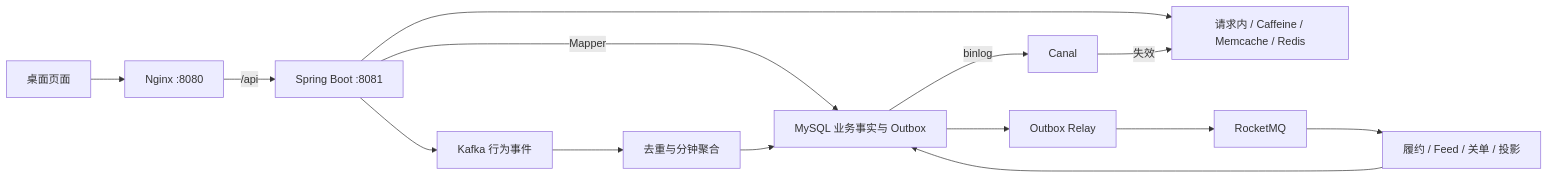
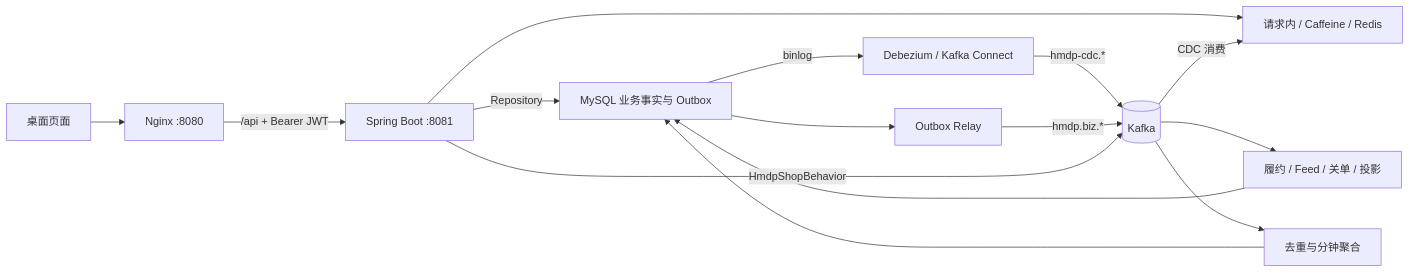
The diagram in README.md (Coding-Lou/harbourdrop), drawn with Mermaid before and after one commit. The commit also changed other lines of this file and 8 other files, not shown here.

````diff
--- a/README.md
+++ b/README.md
@@ -52,16 +56,17 @@
 ```mermaid
 flowchart LR
     Browser[桌面页面] --> Nginx[Nginx :8080]
-    Nginx -->|/api| Java[Spring Boot :8081]
-    Java -->|Mapper| DB[MySQL 业务事实与 Outbox]
-    Java --> Cache[请求内 / Caffeine / Memcache / Redis]
-    DB -->|binlog| Canal[Canal]
-    Canal -->|失效| Cache
+    Nginx -->|/api + Bearer JWT| Java[Spring Boot :8081]
+    Java -->|Repository| DB[MySQL 业务事实与 Outbox]
+    Java --> Cache[请求内 / Caffeine / Redis]
+    DB -->|binlog| Debezium[Debezium / Kafka Connect]
+    Debezium -->|hmdp-cdc.*| Kafka
+    Kafka -->|CDC 消费| Cache
     DB --> Relay[Outbox Relay]
-    Relay --> MQ[RocketMQ]
-    MQ --> Worker[履约 / Feed / 关单 / 投影]
+    Relay -->|hmdp.biz.*| Kafka[(Kafka)]
+    Kafka --> Worker[履约 / Feed / 关单 / 投影]
     Worker --> DB
-    Java --> Kafka[Kafka 行为事件]
+    Java -->|HmdpShopBehavior| Kafka
     Kafka --> Analysis[去重与分钟聚合]
     Analysis --> DB
 ```
````
